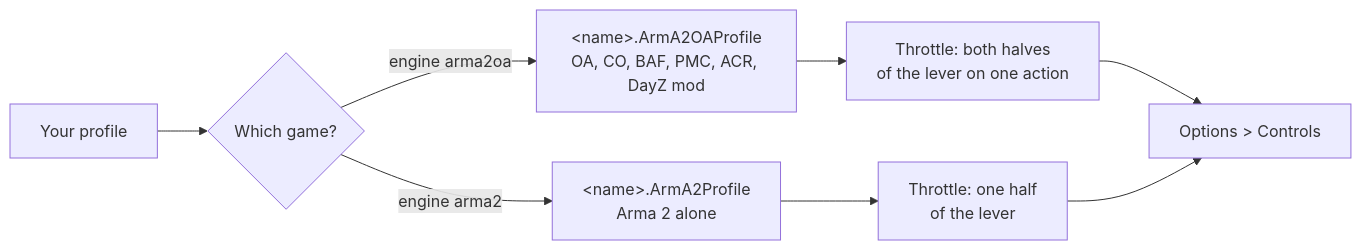
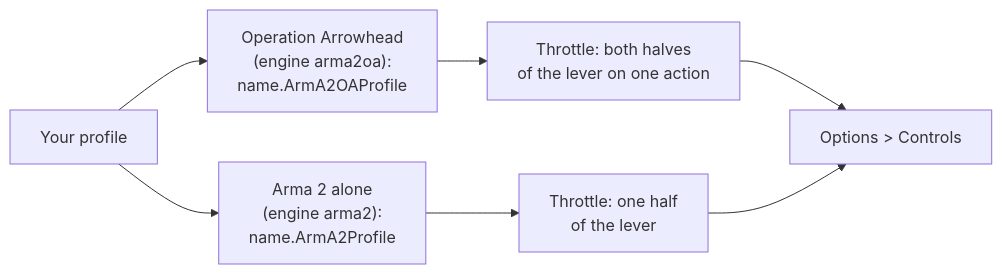
Before and after one commit to Holdi601/JoystickProfiler2: the diagram in website/content/games/arma2.md, drawn with Mermaid. The commit also changed other lines of this file and 718 other files, not shown here.

````diff
--- a/website/content/games/arma2.md
+++ b/website/content/games/arma2.md
@@ -20,10 +162,10 @@
 ```mermaid
+%% caption: Two games in one folder, each with its own profile file. Both show your binds in Options > Controls.
 flowchart LR
-  P["Your profile"] --> Q{"Which game?"}
-  Q -->|"engine arma2oa"| OA["&lt;name&gt;.ArmA2OAProfile<br/>OA, CO, BAF, PMC, ACR, DayZ mod"]
-  Q -->|"engine arma2"| A2["&lt;name&gt;.ArmA2Profile<br/>Arma 2 alone"]
+  P["Your profile"] --> OA["Operation Arrowhead<br/>(engine arma2oa):<br/>name.ArmA2OAProfile"]
+  P --> A2["Arma 2 alone<br/>(engine arma2):<br/>name.ArmA2Profile"]
   OA --> T1["Throttle: both halves<br/>of the lever on one action"]
   A2 --> T2["Throttle: one half<br/>of the lever"]
   T1 --> G["Options > Controls"]
   T2 --> G
 ```
````
